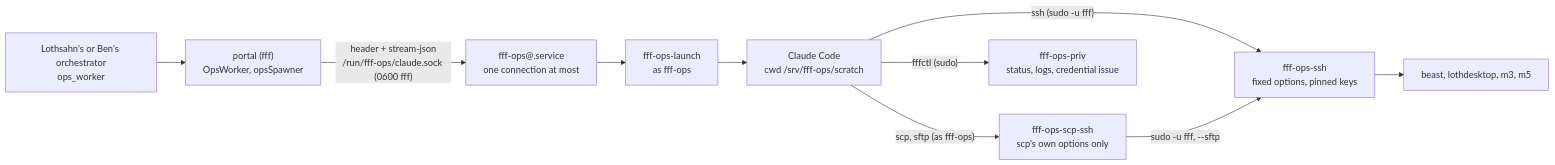
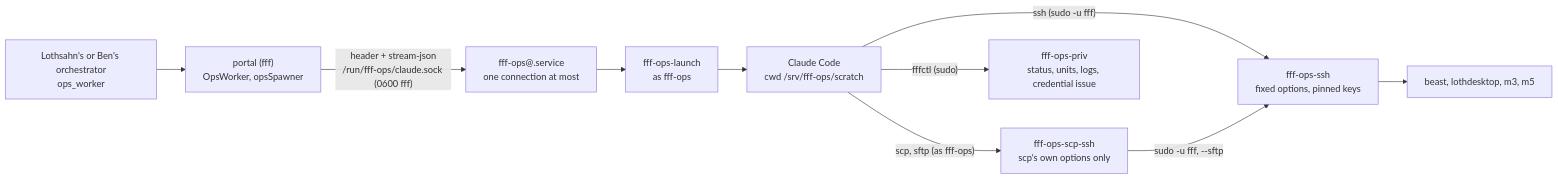
One commit to Final-Factory/ff-factory changed the diagram in docs/ops-worker.md. Above: the diagram before and after it, drawn with Mermaid. The commit also changed other lines of this file and 5 other files, not shown here.

First line of the commit message:
w743: the ops worker may run fffctl units and fffctl units --check (read only) through fff-ops-priv

````diff
--- a/docs/ops-worker.md
+++ b/docs/ops-worker.md
@@ -130,9 +130,9 @@
 ```mermaid
 flowchart LR
   O["Lothsahn's or Ben's orchestrator<br/>ops_worker"] --> S["portal (fff)<br/>OpsWorker, opsSpawner"]
   S -- "header + stream-json<br/>/run/fff-ops/claude.sock (0600 fff)" --> U["fff-ops@.service<br/>one connection at most"]
   U --> L["fff-ops-launch<br/>as fff-ops"] --> C["Claude Code<br/>cwd /srv/fff-ops/scratch"]
   C -- "ssh (sudo -u fff)" --> W1["fff-ops-ssh<br/>fixed options, pinned keys"] --> M["beast, lothdesktop, m3, m5"]
   C -- "scp, sftp (as fff-ops)" --> W3["fff-ops-scp-ssh<br/>scp's own options only"] -- "sudo -u fff, --sftp" --> W1
-  C -- "fffctl (sudo)" --> W2["fff-ops-priv<br/>status, logs, credential issue"]
+  C -- "fffctl (sudo)" --> W2["fff-ops-priv<br/>status, units, logs, credential issue"]
 ```
````
